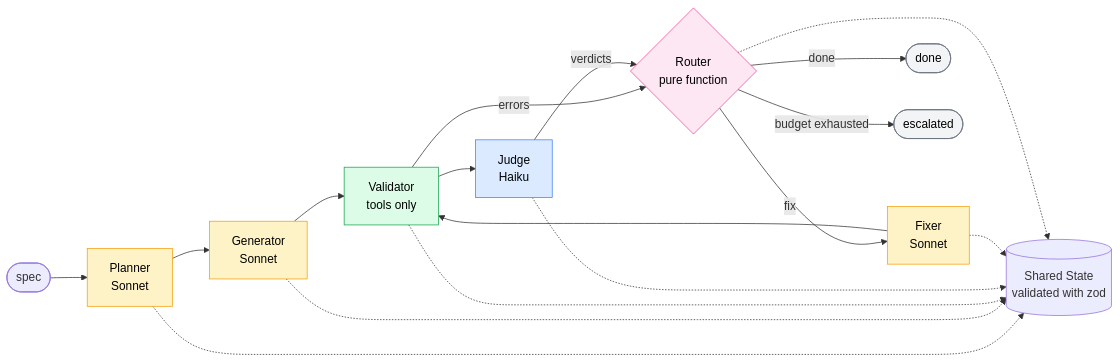
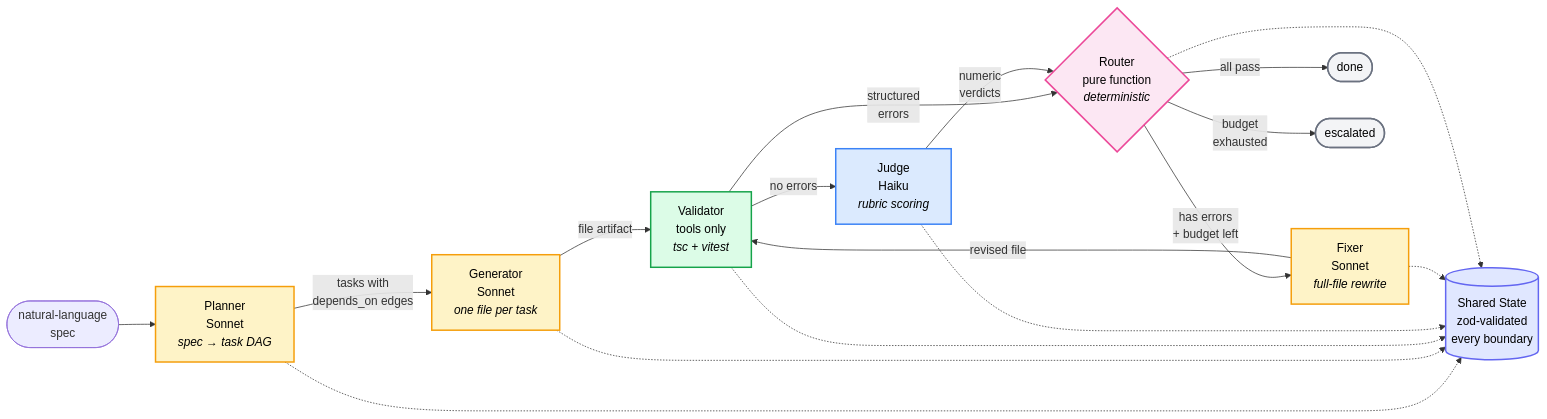
Before and after one commit to uakhouri/bimm-agent-challenge: the diagram in README.md, drawn with Mermaid. The commit also changed other lines of this file, not shown here.

Commit message:
docs(README): Updated the bash lines and made the flowchart more informative

````diff
--- a/README.md
+++ b/README.md
@@ -89,34 +97,48 @@
 ```mermaid
 flowchart LR
-    spec([spec]) --> P[Planner<br/>Sonnet]
-    P --> G[Generator<br/>Sonnet]
-    G --> V[Validator<br/>tools only]
-    V --> J[Judge<br/>Haiku]
+    spec([natural-language<br/>spec]) --> P
 
-    V -->|errors| R
-    J -->|verdicts| R
-    R{Router<br/>pure function} -->|fix| F[Fixer<br/>Sonnet]
-    F --> V
-    R -->|done| DONE([done])
-    R -->|budget exhausted| ESC([escalated])
+    P[Planner<br/>Sonnet<br/><i>spec → task DAG</i>]
+    P -->|tasks with<br/>depends_on edges| G
 
-    state[(Shared State<br/>validated with zod)]
+    G[Generator<br/>Sonnet<br/><i>one file per task</i>]
+    G -->|file artifact| V
+
+    V[Validator<br/>tools only<br/><i>tsc + vitest</i>]
+    V -->|no errors| J
+    V -->|structured<br/>errors| R
+
+    J[Judge<br/>Haiku<br/><i>rubric scoring</i>]
+    J -->|numeric<br/>verdicts| R
+
+    R{Router<br/>pure function<br/><i>deterministic</i>}
+    R -->|has errors<br/>+ budget left| F
+    R -->|all pass| DONE([done])
+    R -->|budget<br/>exhausted| ESC([escalated])
+
+    F[Fixer<br/>Sonnet<br/><i>full-file rewrite</i>]
+    F -->|revised file| V
+
+    state[(Shared State<br/>zod-validated<br/>every boundary)]
+
     P -.-> state
     G -.-> state
     V -.-> state
     J -.-> state
     F -.-> state
     R -.-> state
 
-    classDef sonnet fill:#fef3c7,stroke:#f59e0b,color:#000
-    classDef haiku fill:#dbeafe,stroke:#3b82f6,color:#000
-    classDef tools fill:#dcfce7,stroke:#16a34a,color:#000
-    classDef router fill:#fce7f3,stroke:#ec4899,color:#000
-    classDef terminal fill:#f3f4f6,stroke:#6b7280,color:#000
+    classDef sonnet fill:#fef3c7,stroke:#f59e0b,color:#000,stroke-width:2px
+    classDef haiku fill:#dbeafe,stroke:#3b82f6,color:#000,stroke-width:2px
+    classDef tools fill:#dcfce7,stroke:#16a34a,color:#000,stroke-width:2px
+    classDef router fill:#fce7f3,stroke:#ec4899,color:#000,stroke-width:2px
+    classDef terminal fill:#f3f4f6,stroke:#6b7280,color:#000,stroke-width:2px
+    classDef stateStyle fill:#e0e7ff,stroke:#6366f1,color:#000,stroke-width:2px
 
     class P,G,F sonnet
     class J haiku
     class V tools
     class R router
     class DONE,ESC terminal
+    class state stateStyle
 ```
````
